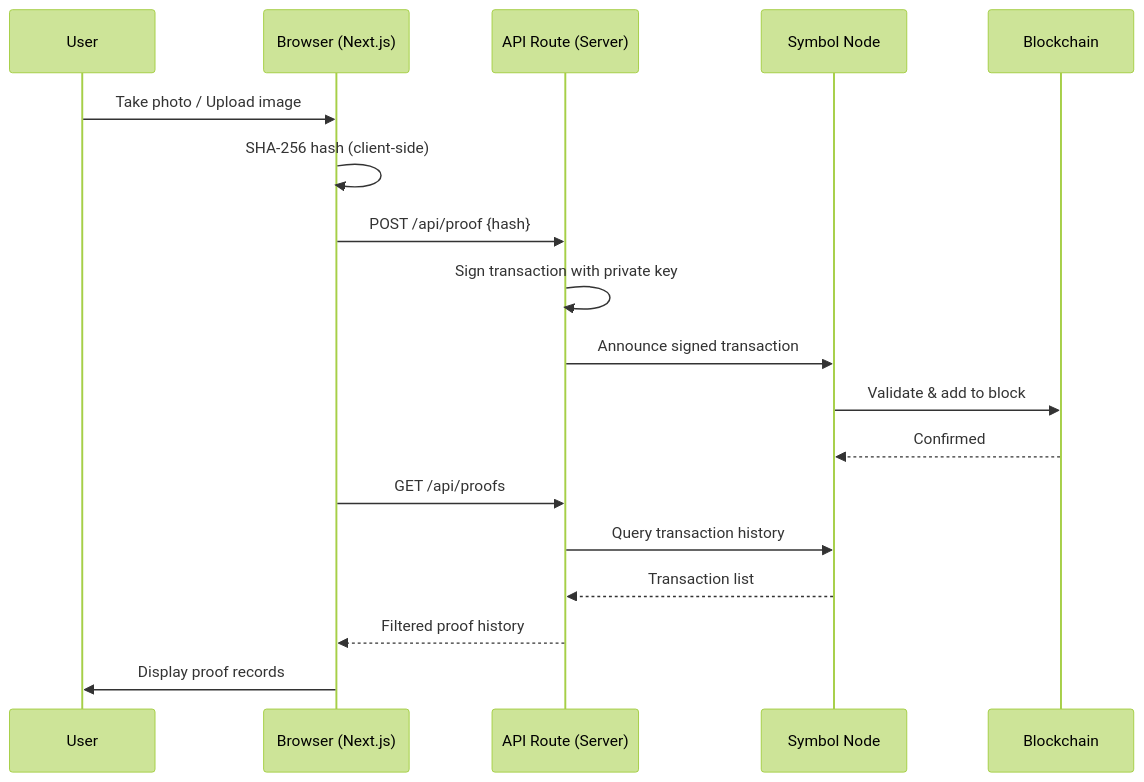
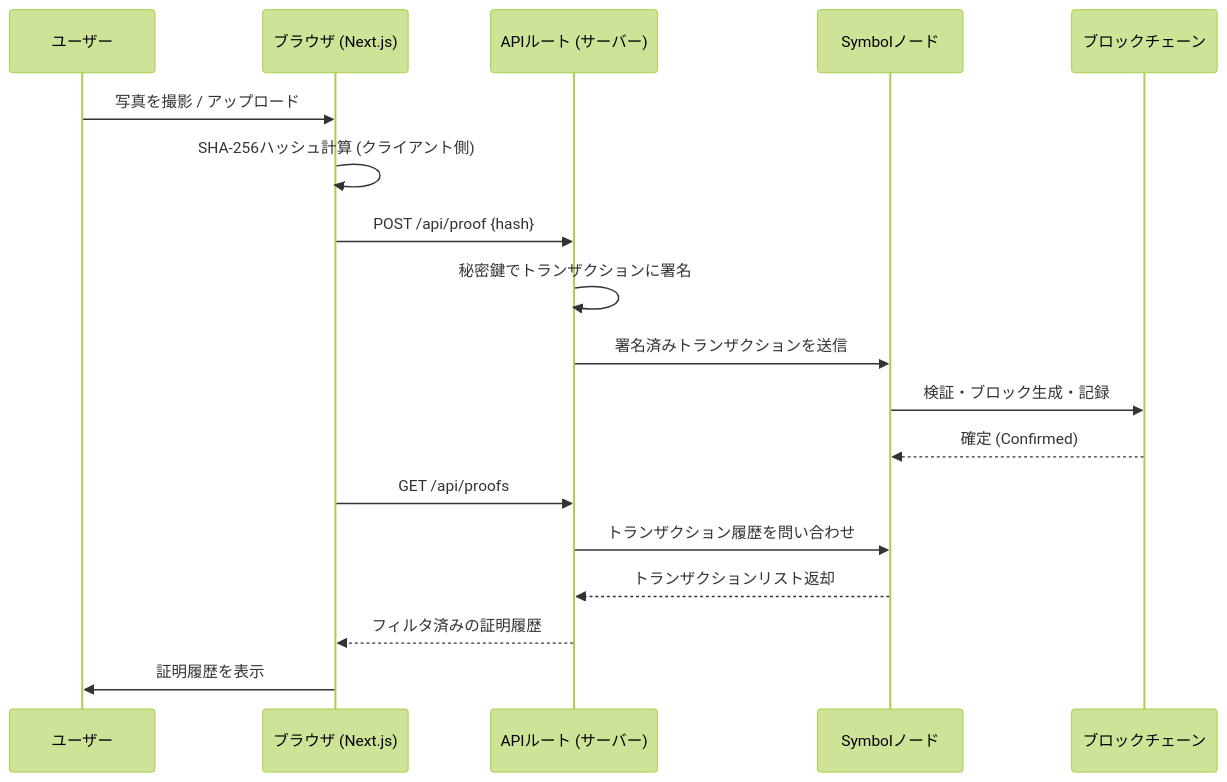
One commit to NarumiKomaba/blockchain-hige changed the diagram in README.md. Above: the diagram before and after it, drawn with Mermaid (forest theme). The commit also changed other lines of this file, not shown here.

````diff
--- a/README.md
+++ b/README.md
@@ -27,21 +27,21 @@
 ```mermaid
 sequenceDiagram
-    participant User as User
-    participant App as Browser (Next.js)
-    participant API as API Route (Server)
-    participant Node as Symbol Node
-    participant Chain as Blockchain
+    participant User as ユーザー
+    participant App as ブラウザ (Next.js)
+    participant API as APIルート (サーバー)
+    participant Node as Symbolノード
+    participant Chain as ブロックチェーン
 
-    User->>App: Take photo / Upload image
-    App->>App: SHA-256 hash (client-side)
+    User->>App: 写真を撮影 / アップロード
+    App->>App: SHA-256ハッシュ計算 (クライアント側)
     App->>API: POST /api/proof {hash}
-    API->>API: Sign transaction with private key
-    API->>Node: Announce signed transaction
-    Node->>Chain: Validate & add to block
-    Chain-->>Node: Confirmed
+    API->>API: 秘密鍵でトランザクションに署名
+    API->>Node: 署名済みトランザクションを送信
+    Node->>Chain: 検証・ブロック生成・記録
+    Chain-->>Node: 確定 (Confirmed)
     App->>API: GET /api/proofs
-    API->>Node: Query transaction history
-    Node-->>API: Transaction list
-    API-->>App: Filtered proof history
-    App->>User: Display proof records
+    API->>Node: トランザクション履歴を問い合わせ
+    Node-->>API: トランザクションリスト返却
+    API-->>App: フィルタ済みの証明履歴
+    App->>User: 証明履歴を表示
 ```
````
